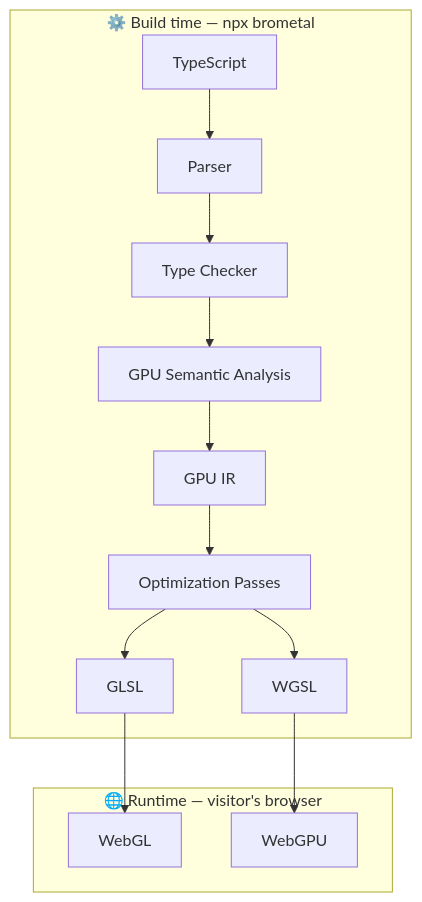
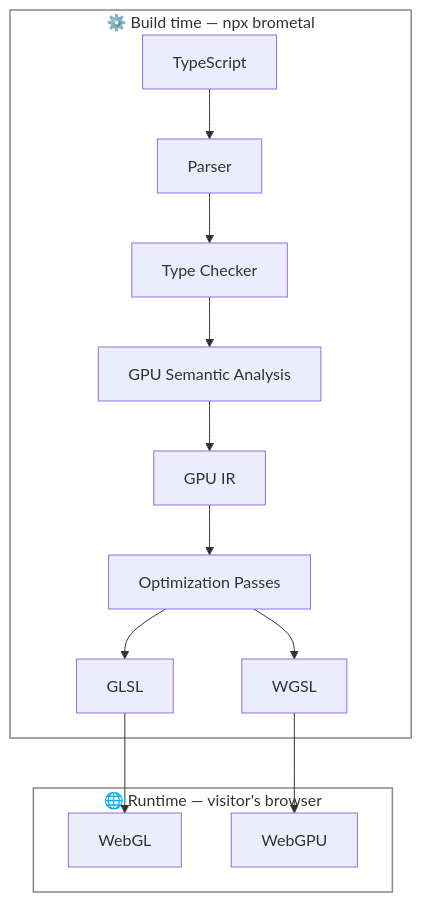
Before and after one commit to ericdrowell/brometal: the diagram in README.md, drawn with Mermaid.

Commit message:
update readme flow again

````diff
--- a/README.md
+++ b/README.md
@@ -7,18 +7,20 @@
 ```mermaid
 flowchart TD
     subgraph BUILD ["⚙️ Build time — npx brometal"]
         TS[TypeScript] --> Parser
         Parser --> TC[Type Checker]
         TC --> SA[GPU Semantic Analysis]
         SA --> IR[GPU IR]
         IR --> OPT[Optimization Passes]
         OPT --> GLSL
         OPT --> WGSL
     end
     subgraph RUN ["🌐 Runtime — visitor's browser"]
         WebGL
         WebGPU
     end
     GLSL --> WebGL
     WGSL --> WebGPU
+    style BUILD fill:none,stroke:#888,stroke-width:1.5px
+    style RUN fill:none,stroke:#888,stroke-width:1.5px
 ```
````
